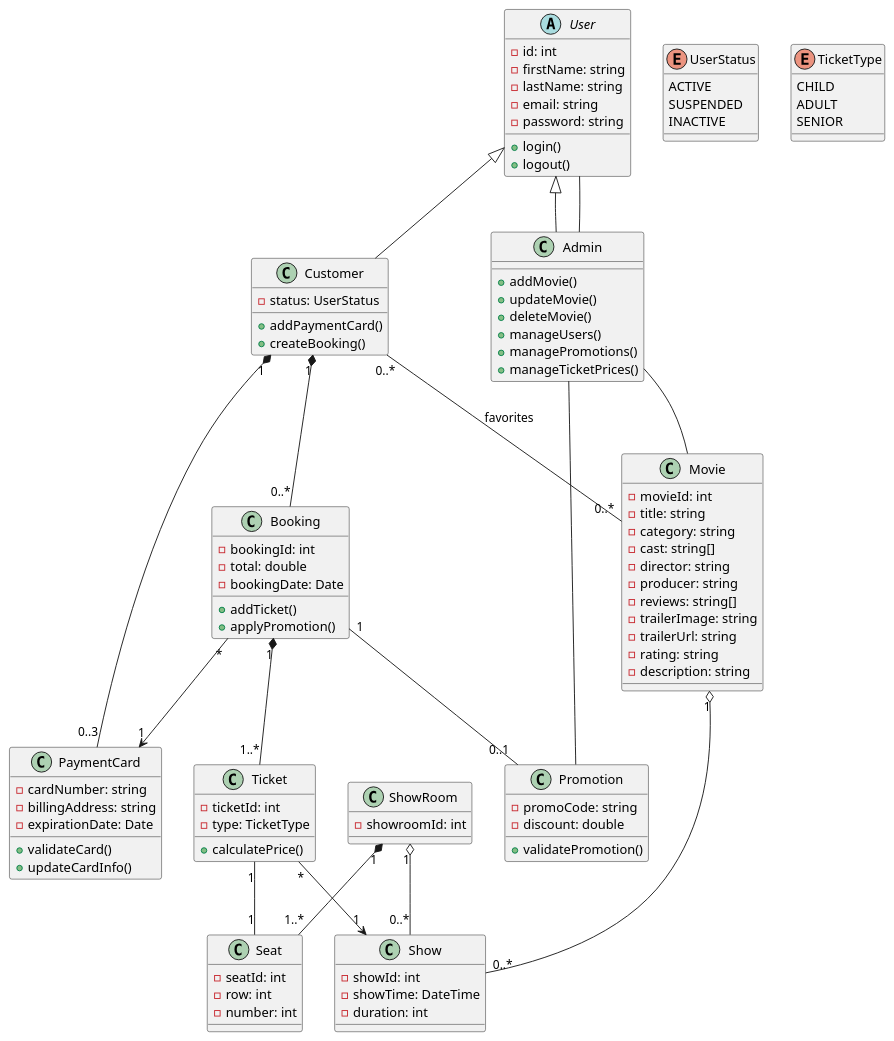
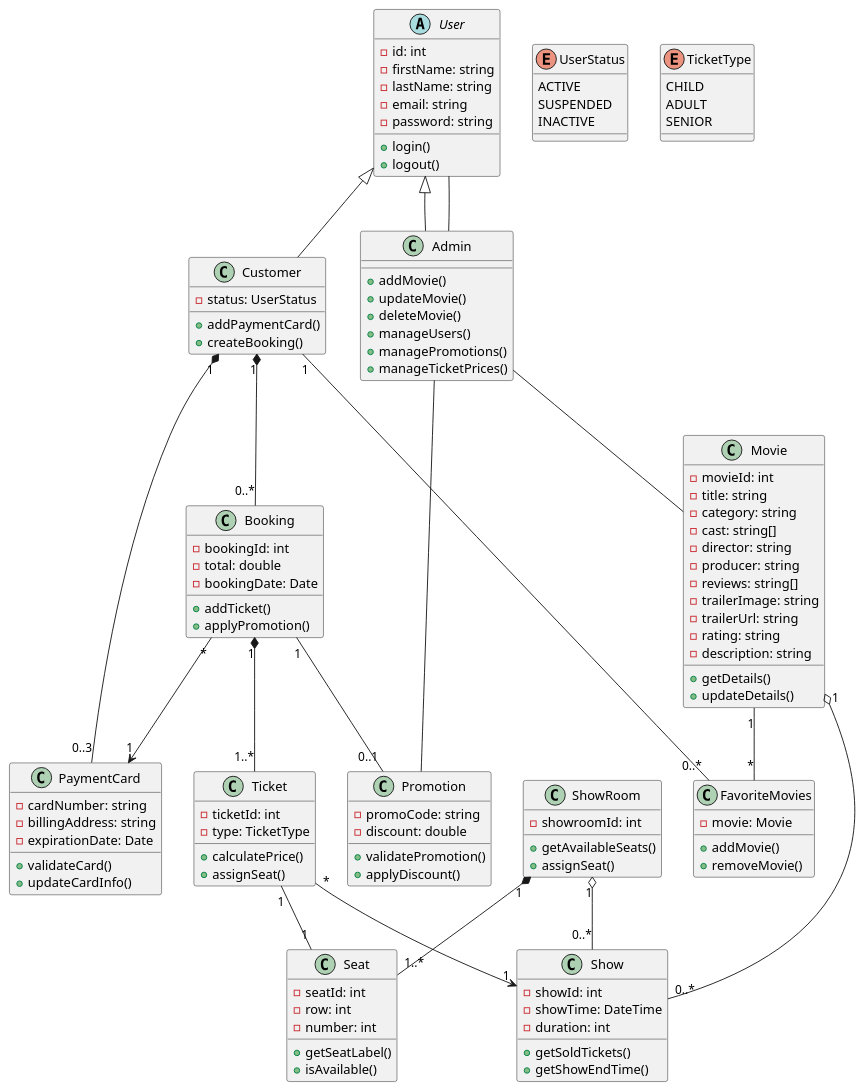
One commit to alecreates/Cinema-E-Booking-System changed the diagram in user-diagram.puml. Above: the diagram before and after it, drawn with PlantUML.

Commit message:
readded favorite movies and functionalities

```diff
--- a/user-diagram.puml
+++ b/user-diagram.puml
@@ -1,118 +1,136 @@
 @startuml
 
 abstract class User {
     - id: int
     - firstName: string
     - lastName: string
     - email: string
     - password: string
     + login()
     + logout()
 }
 
 class Customer extends User {
     - status: UserStatus
     + addPaymentCard()
     + createBooking()
 }
 
 class Admin extends User {
     + addMovie()
     + updateMovie()
     + deleteMovie()
     + manageUsers()
     + managePromotions()
     + manageTicketPrices()
 }
 
 class PaymentCard {
     - cardNumber: string
     - billingAddress: string
     - expirationDate: Date
     + validateCard()
     + updateCardInfo()
 }
 
 enum UserStatus {
     ACTIVE
     SUSPENDED
     INACTIVE
 }
 
 enum TicketType {
     CHILD
     ADULT
     SENIOR
 }
 
 class Booking {
     - bookingId: int
     - total: double
     - bookingDate: Date
     + addTicket()
     + applyPromotion()
 }
 
 class Ticket {
     - ticketId: int
     - type: TicketType
     + calculatePrice()
+    + assignSeat()
 }
 
 class Promotion {
     - promoCode: string
     - discount: double
     + validatePromotion()
+    + applyDiscount()
 }
 
 class Show {
     - showId: int
     - showTime: DateTime
     - duration: int
+    + getSoldTickets()
+    + getShowEndTime()
 }
 
 class ShowRoom {
     - showroomId: int
+    + getAvailableSeats()
+    + assignSeat()
 }
 
 class Seat {
     - seatId: int
     - row: int
     - number: int
+    + getSeatLabel()
+    + isAvailable()
 }
 
 class Movie {
     - movieId: int
     - title: string
     - category: string
     - cast: string[]
     - director: string
     - producer: string
     - reviews: string[]
     - trailerImage: string
     - trailerUrl: string
     - rating: string
     - description: string
+    + getDetails()
+    + updateDetails()
+}
+
+class FavoriteMovies {
+    - movie: Movie
+    + addMovie()
+    + removeMovie()
+    
 }
 
 Customer "1" *-- "0..3" PaymentCard
 Customer "1" *-- "0..*" Booking
-Customer "0..*" -- "0..*" Movie : favorites
+Customer "1" -- "0..*" FavoriteMovies
+Movie "1" -- "*" FavoriteMovies
 
 Booking "1" *-- "1..*" Ticket
 Booking "*" --> "1" PaymentCard
 Booking "1" -- "0..1" Promotion
 
 Ticket "1" -- "1" Seat
 Ticket "*" --> "1" Show
 
 Movie "1" o-- "0..*" Show
 
 ShowRoom "1" o-- "0..*" Show
 ShowRoom "1" *-- "1..*" Seat
 
 Admin -- Movie
 Admin -- Promotion
 Admin -- User
 
 @enduml
```
